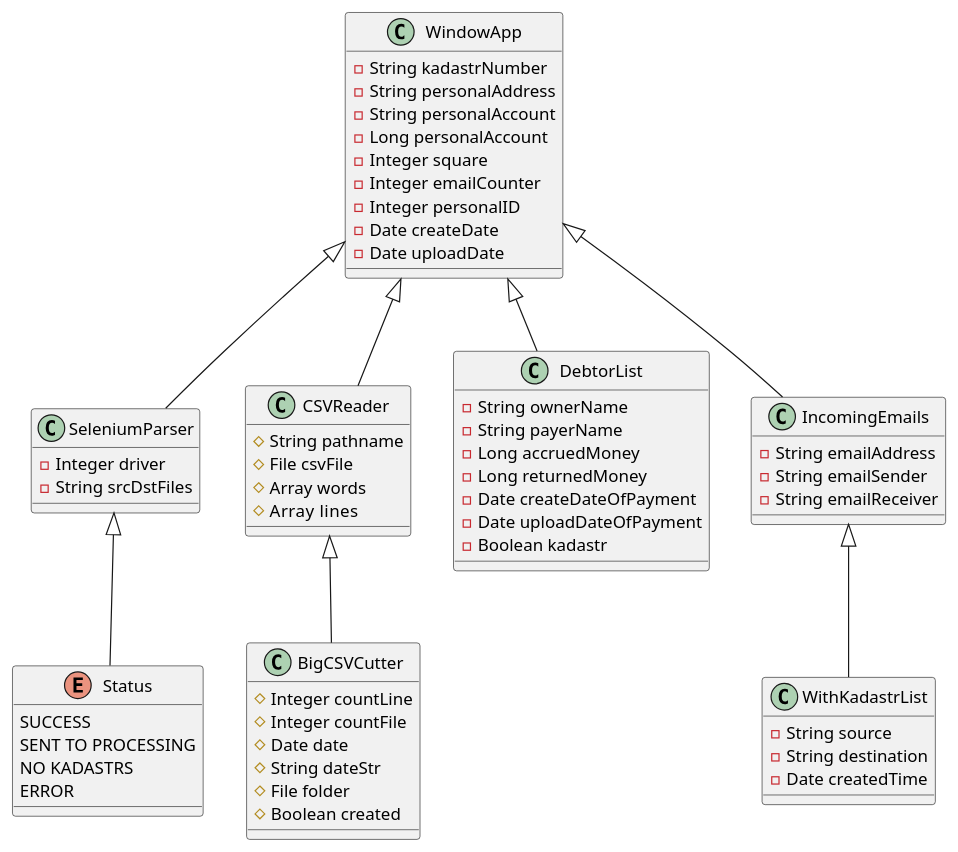
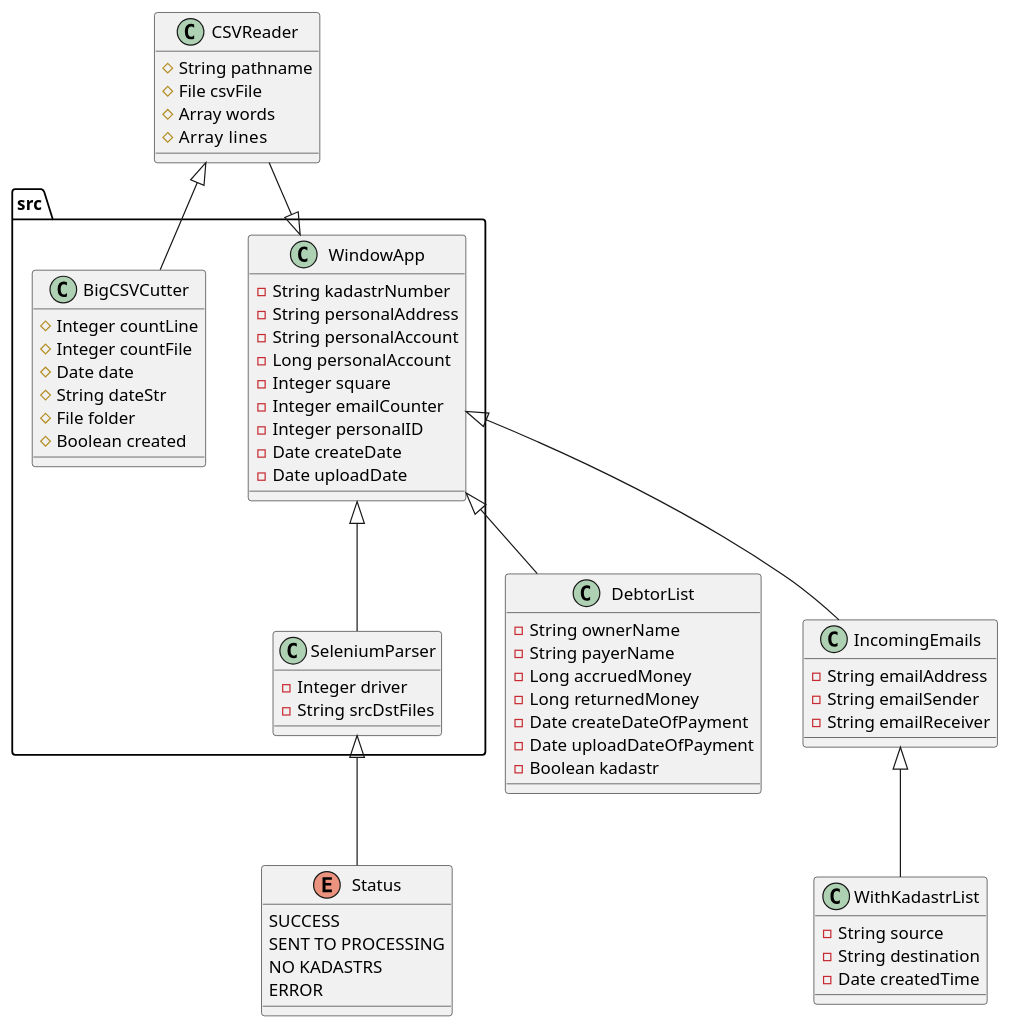
The diagram in uml/DataBaseDiagram.puml (ValDuo/MultiParser), drawn with PlantUML before and after one commit. The commit also changed 5 other files, not shown here.

```diff
--- a/uml/DataBaseDiagram.puml
+++ b/uml/DataBaseDiagram.puml
@@ -1,70 +1,70 @@
 @startuml
 'https://plantuml.com/class-diagram
 
-WindowApp <|-- SeleniumParser
-WindowApp <|-- CSVReader
-WindowApp <|-- DebtorList
-WindowApp <|-- IncomingEmails
-CSVReader <|-- BigCSVCutter
-SeleniumParser <|-- Status
+src.WindowApp <|-- src.SeleniumParser
+src.WindowApp <|-- CSVReader
+src.WindowApp <|-- DebtorList
+src.WindowApp <|-- IncomingEmails
+CSVReader <|-- src.BigCSVCutter
+src.SeleniumParser <|-- Status
 IncomingEmails <|-- WithKadastrList
 
-class BigCSVCutter {
+class src.BigCSVCutter {
    # Integer countLine
    # Integer countFile
    # Date date
    # String dateStr
    # File folder
    # Boolean created
 }
-class SeleniumParser {
+class src.SeleniumParser {
     - Integer driver
     - String srcDstFiles
 }
 class CSVReader{
     # String pathname
     # File csvFile
     # Array words
     # Array  lines
 }
 
 class DebtorList {
     - String ownerName
     - String payerName
     - Long accruedMoney
     - Long returnedMoney
     - Date createDateOfPayment
     - Date uploadDateOfPayment
     - Boolean kadastr
 
 }
-class WindowApp{
+class src.WindowApp{
     - String kadastrNumber
     - String personalAddress
     - String personalAccount
     - Long personalAccount
     - Integer square
     - Integer emailCounter
     - Integer personalID
     - Date createDate
     - Date uploadDate
 }
 class IncomingEmails{
      - String emailAddress
      - String emailSender
      - String emailReceiver
 }
 class WithKadastrList{
     - String source
     - String destination
     - Date createdTime
 }
 
 enum Status {
 SUCCESS
 SENT TO PROCESSING
 NO KADASTRS
 ERROR
 }
 
 @enduml
```
